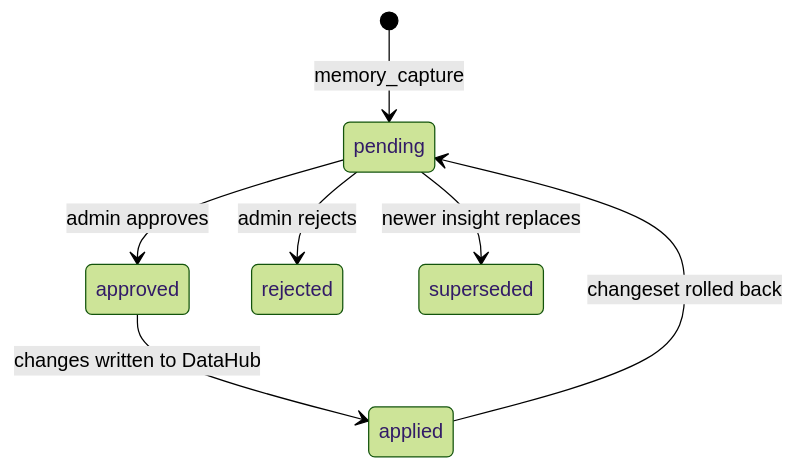
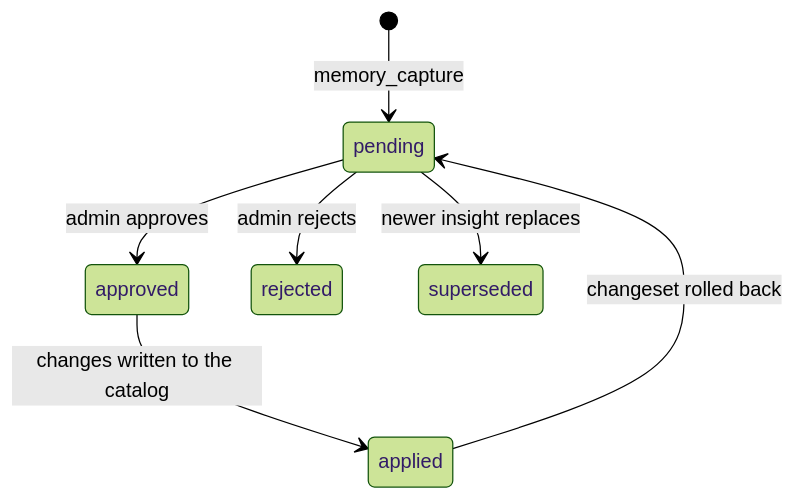
The second of 3 diagrams in docs/knowledge/overview.md (txn2/mcp-data-platform), drawn with Mermaid (forest theme) before and after one commit. The commit also changed other lines of this file and 149 other files, not shown here.

First line of the commit message:
feat(catalog): writes, schema documents, DataHub import (#1920) (#2120)

````diff
--- a/docs/knowledge/overview.md
+++ b/docs/knowledge/overview.md
@@ -81,9 +81,9 @@
 ```mermaid
 stateDiagram-v2
     [*] --> pending: memory_capture
     pending --> approved: admin approves
     pending --> rejected: admin rejects
     pending --> superseded: newer insight replaces
-    approved --> applied: changes written to DataHub
+    approved --> applied: changes written to the catalog
     applied --> pending: changeset rolled back
 ```
````
